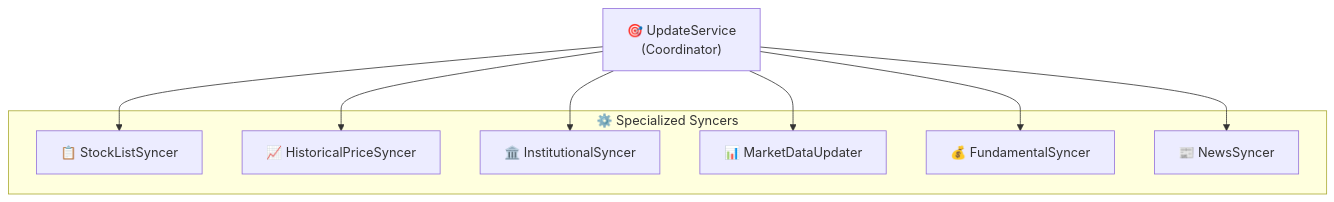
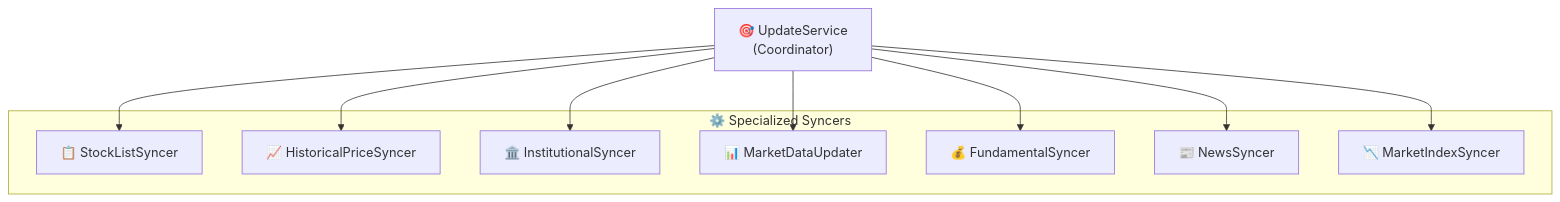
One commit to Neal75418/afterclose changed the sixth of 6 diagrams in CLAUDE.md. Above: the diagram before and after it, drawn with Mermaid. The commit also changed other lines of this file and 2 other files, not shown here.

````diff
--- a/CLAUDE.md
+++ b/CLAUDE.md
@@ -160,20 +158,22 @@
 ```mermaid
 flowchart TB
     US["🎯 UpdateService<br/>(Coordinator)"]
 
     subgraph Syncers["⚙️ Specialized Syncers"]
         SLS["📋 StockListSyncer"]
         HPS["📈 HistoricalPriceSyncer"]
         IS["🏛️ InstitutionalSyncer"]
         MDU["📊 MarketDataUpdater"]
         FS["💰 FundamentalSyncer"]
         NS["📰 NewsSyncer"]
+        MIS["📉 MarketIndexSyncer"]
     end
 
     US --> SLS
     US --> HPS
     US --> IS
     US --> MDU
     US --> FS
     US --> NS
+    US --> MIS
 ```
````
